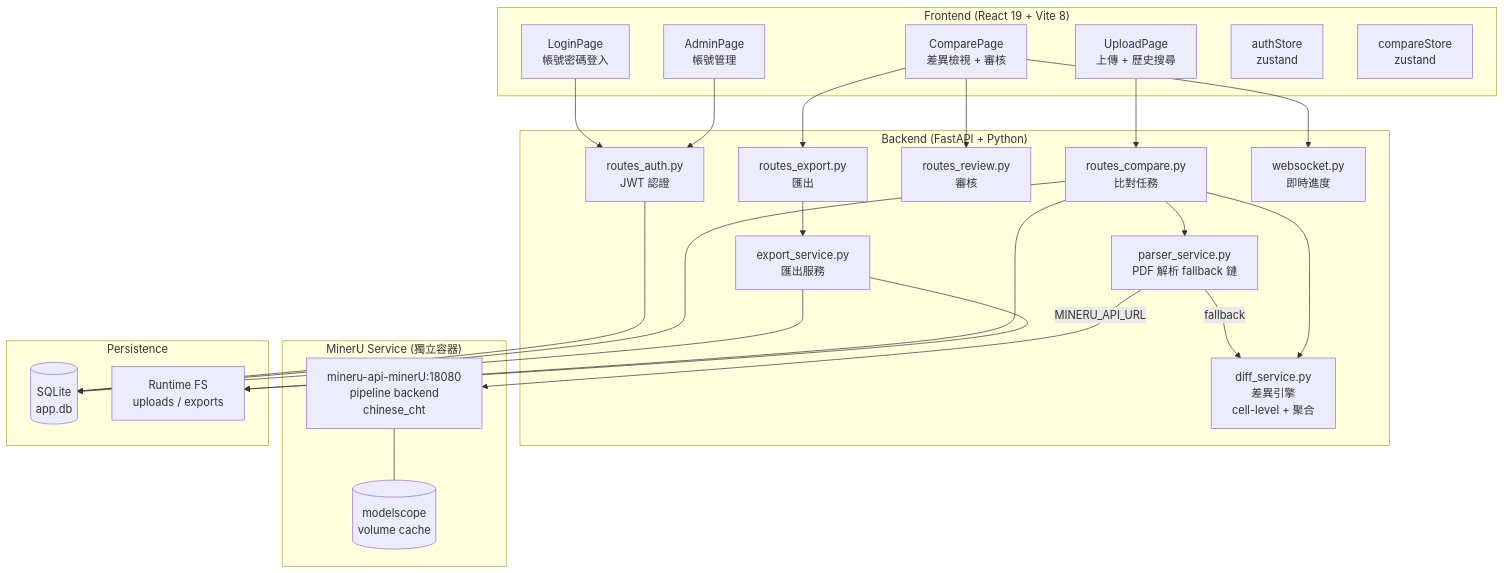
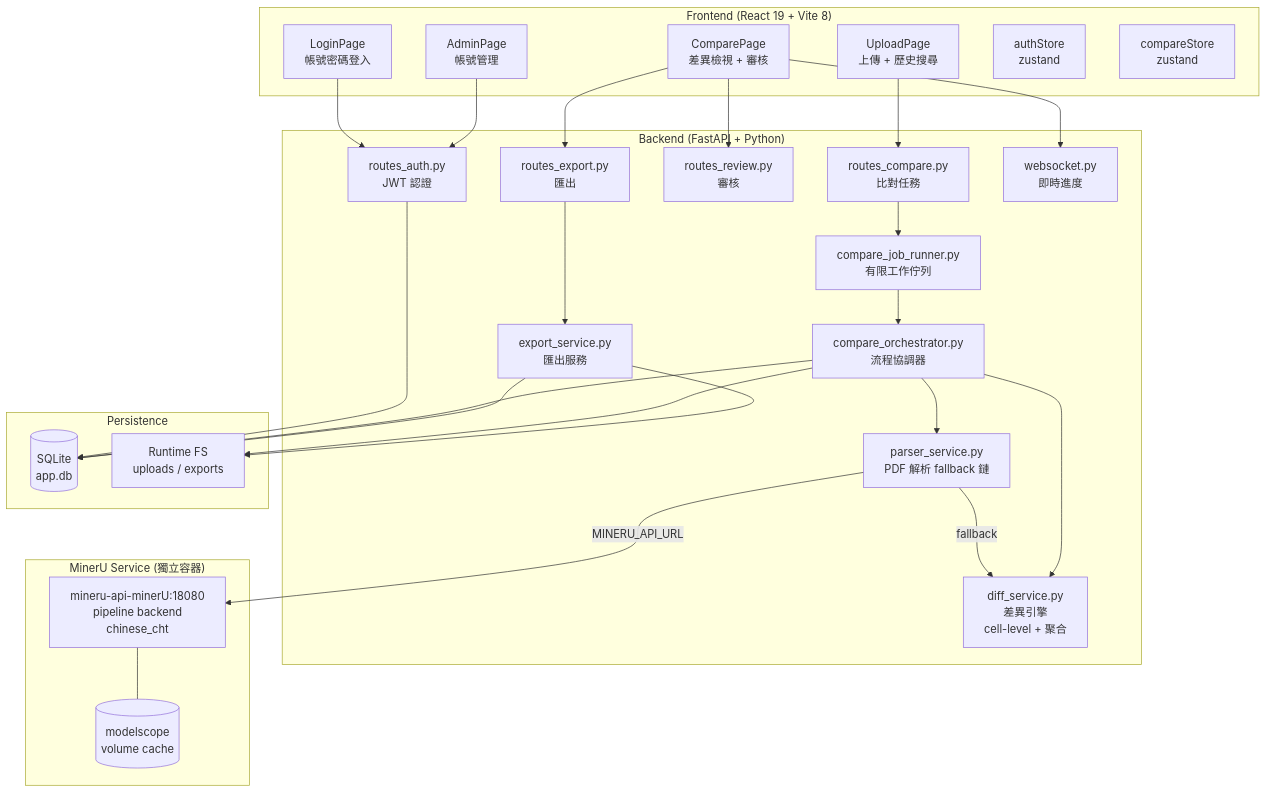
The first of 4 diagrams in docs/technical-architecture.md (a9181873/PDF_check_minerU), drawn with Mermaid before and after one commit. The commit also changed other lines of this file and 38 other files, not shown here.

````diff
--- a/docs/technical-architecture.md
+++ b/docs/technical-architecture.md
@@ -9,50 +9,54 @@
 ```mermaid
 graph TB
     subgraph "Frontend (React 19 + Vite 8)"
         LP[LoginPage<br/>帳號密碼登入]
         UP[UploadPage<br/>上傳 + 歷史搜尋]
         CP[ComparePage<br/>差異檢視 + 審核]
         AP[AdminPage<br/>帳號管理]
         AS[authStore<br/>zustand]
         CS[compareStore<br/>zustand]
     end
 
     subgraph "Backend (FastAPI + Python)"
         AUTH[routes_auth.py<br/>JWT 認證]
         COMP[routes_compare.py<br/>比對任務]
         REV[routes_review.py<br/>審核]
         EXP[routes_export.py<br/>匯出]
         WS[websocket.py<br/>即時進度]
+        JOB[compare_job_runner.py<br/>有限工作佇列]
+        ORCH[compare_orchestrator.py<br/>流程協調器]
         DIFF[diff_service.py<br/>差異引擎<br/>cell-level + 聚合]
         PARSE[parser_service.py<br/>PDF 解析 fallback 鏈]
         EXPSERV[export_service.py<br/>匯出服務]
     end
 
     subgraph "MinerU Service (獨立容器)"
         MINERU[mineru-api-minerU:18080<br/>pipeline backend<br/>chinese_cht]
         MCACHE[(modelscope<br/>volume cache)]
     end
 
     subgraph "Persistence"
         DB[(SQLite<br/>app.db)]
         FS[Runtime FS<br/>uploads / exports]
     end
 
     LP --> AUTH
     UP --> COMP
     CP --> REV
     CP --> EXP
     CP --> WS
     AP --> AUTH
     AUTH --> DB
-    COMP --> PARSE
+    COMP --> JOB
+    JOB --> ORCH
+    ORCH --> PARSE
     PARSE -->|MINERU_API_URL| MINERU
     MINERU --- MCACHE
     PARSE -->|fallback| DIFF
-    COMP --> DIFF
-    COMP --> DB
-    COMP --> FS
+    ORCH --> DIFF
+    ORCH --> DB
+    ORCH --> FS
     EXP --> EXPSERV
     EXPSERV --> DB
     EXPSERV --> FS
 ```
````
